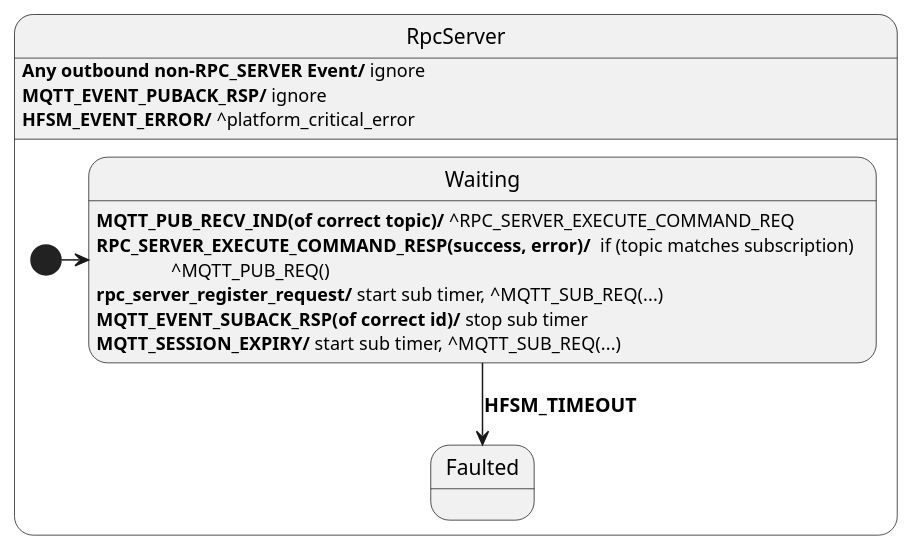
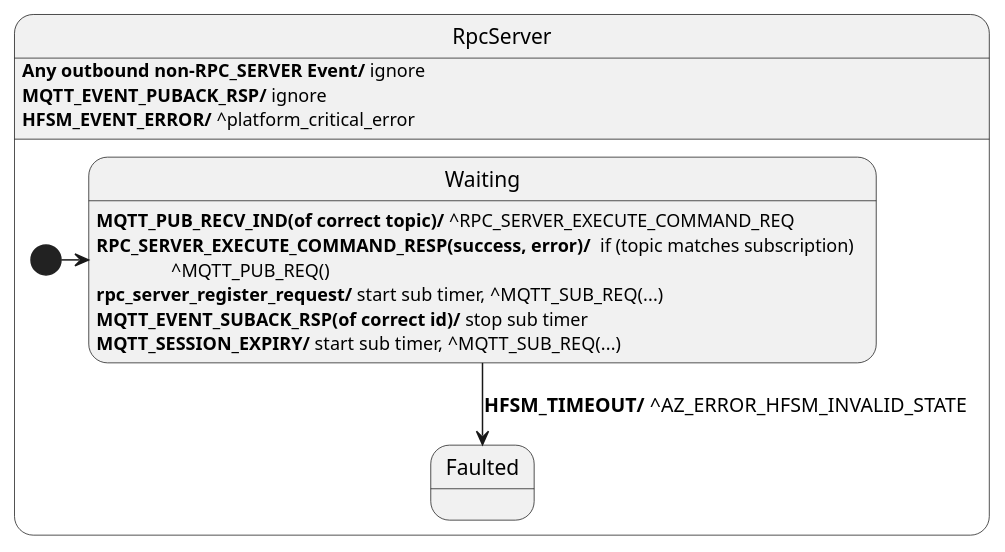
One commit to Azure/azure-sdk-for-c changed the diagram in sdk/docs/core/rpc_server.puml. Above: the diagram before and after it, drawn with PlantUML. The commit also changed 4 other files, not shown here.

```diff
--- a/sdk/docs/core/rpc_server.puml
+++ b/sdk/docs/core/rpc_server.puml
@@ -1,22 +1,22 @@
 @startuml RPC_SERVER
 
 state RpcServer {
 
   state Waiting
   Waiting : <b>MQTT_PUB_RECV_IND(of correct topic)/</b> ^RPC_SERVER_EXECUTE_COMMAND_REQ
   Waiting : <b>RPC_SERVER_EXECUTE_COMMAND_RESP(success, error)/</b>  if (topic matches subscription)\n\t\t^MQTT_PUB_REQ()
   Waiting : <b>rpc_server_register_request/</b> start sub timer, ^MQTT_SUB_REQ(...)
   Waiting : <b>MQTT_EVENT_SUBACK_RSP(of correct id)/</b> stop sub timer
   Waiting : <b>MQTT_SESSION_EXPIRY/</b> start sub timer, ^MQTT_SUB_REQ(...)
 
   state Faulted
 
   [*] -> Waiting
-  Waiting --> Faulted : <b>HFSM_TIMEOUT</b>
+  Waiting --> Faulted : <b>HFSM_TIMEOUT/</b> ^AZ_ERROR_HFSM_INVALID_STATE
 }
 
 RpcServer : <b>Any outbound non-RPC_SERVER Event/</b> ignore
 RpcServer : <b>MQTT_EVENT_PUBACK_RSP/</b> ignore
 RpcServer : <b>HFSM_EVENT_ERROR/</b> ^platform_critical_error
 
 @enduml
```
